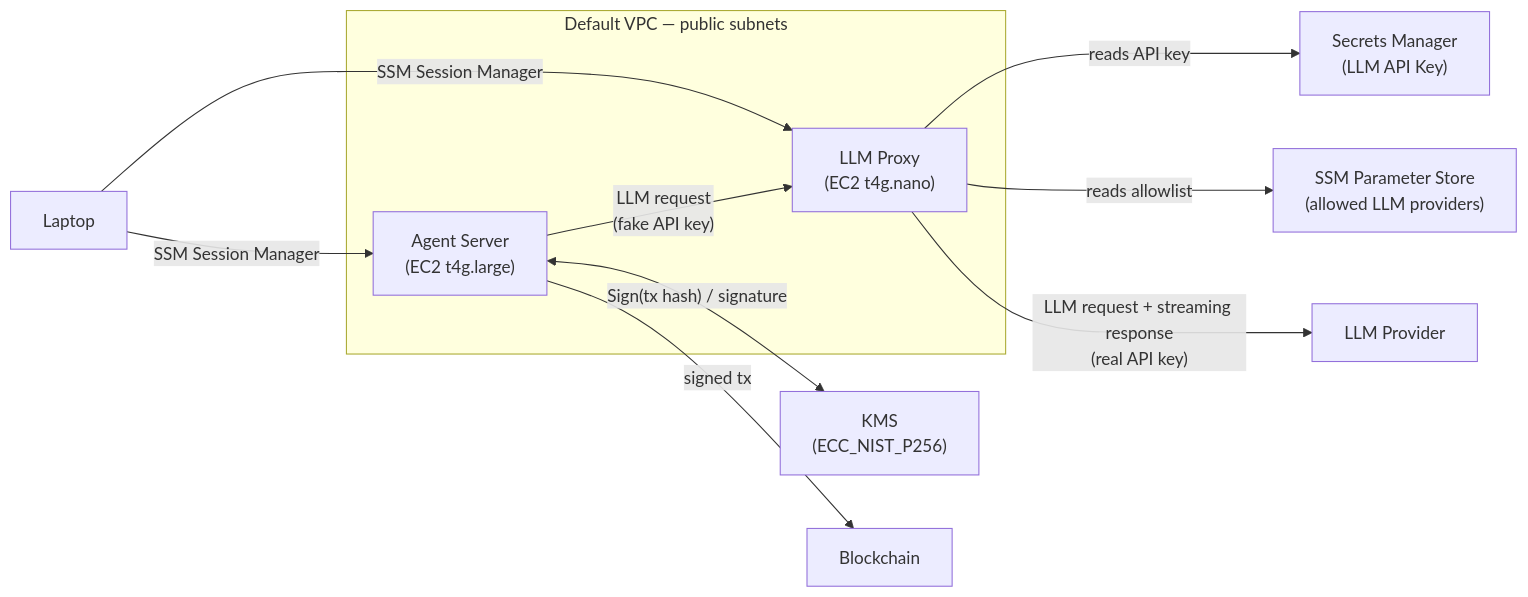
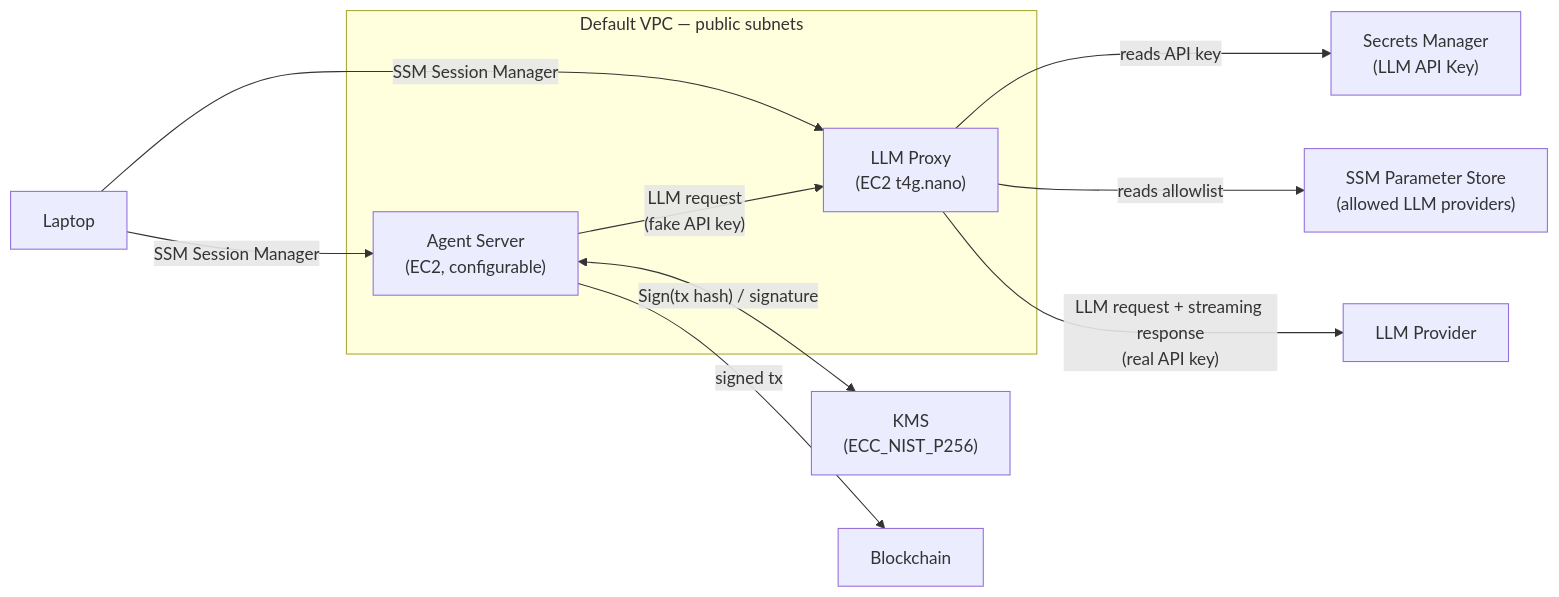
Before and after one commit to barretodavid/openclaw-aws: the diagram in README.md, drawn with Mermaid. The commit also changed other lines of this file and 4 other files, not shown here.

````diff
--- a/README.md
+++ b/README.md
@@ -9,15 +9,15 @@
 ```mermaid
 graph LR
     Laptop -->|"SSM Session Manager"| AgentEC2
     Laptop -->|"SSM Session Manager"| ProxyEC2
     subgraph VPC ["Default VPC — public subnets"]
-        AgentEC2["Agent Server<br/>(EC2 t4g.large)"]
+        AgentEC2["Agent Server<br/>(EC2, configurable)"]
         ProxyEC2["LLM Proxy<br/>(EC2 t4g.nano)"]
         AgentEC2 -->|"LLM request<br/>(fake API key)"| ProxyEC2
     end
     ProxyEC2 -->|"reads API key"| SM["Secrets Manager<br/>(LLM API Key)"]
     ProxyEC2 -->|"reads allowlist"| PS["SSM Parameter Store<br/>(allowed LLM providers)"]
     ProxyEC2 -->|"LLM request + streaming response<br/>(real API key)"| LLM["LLM Provider"]
     AgentEC2 <-->|"Sign(tx hash) / signature"| KMS["KMS<br/>(ECC_NIST_P256)"]
     AgentEC2 -->|"signed tx"| Blockchain
 ```
````
